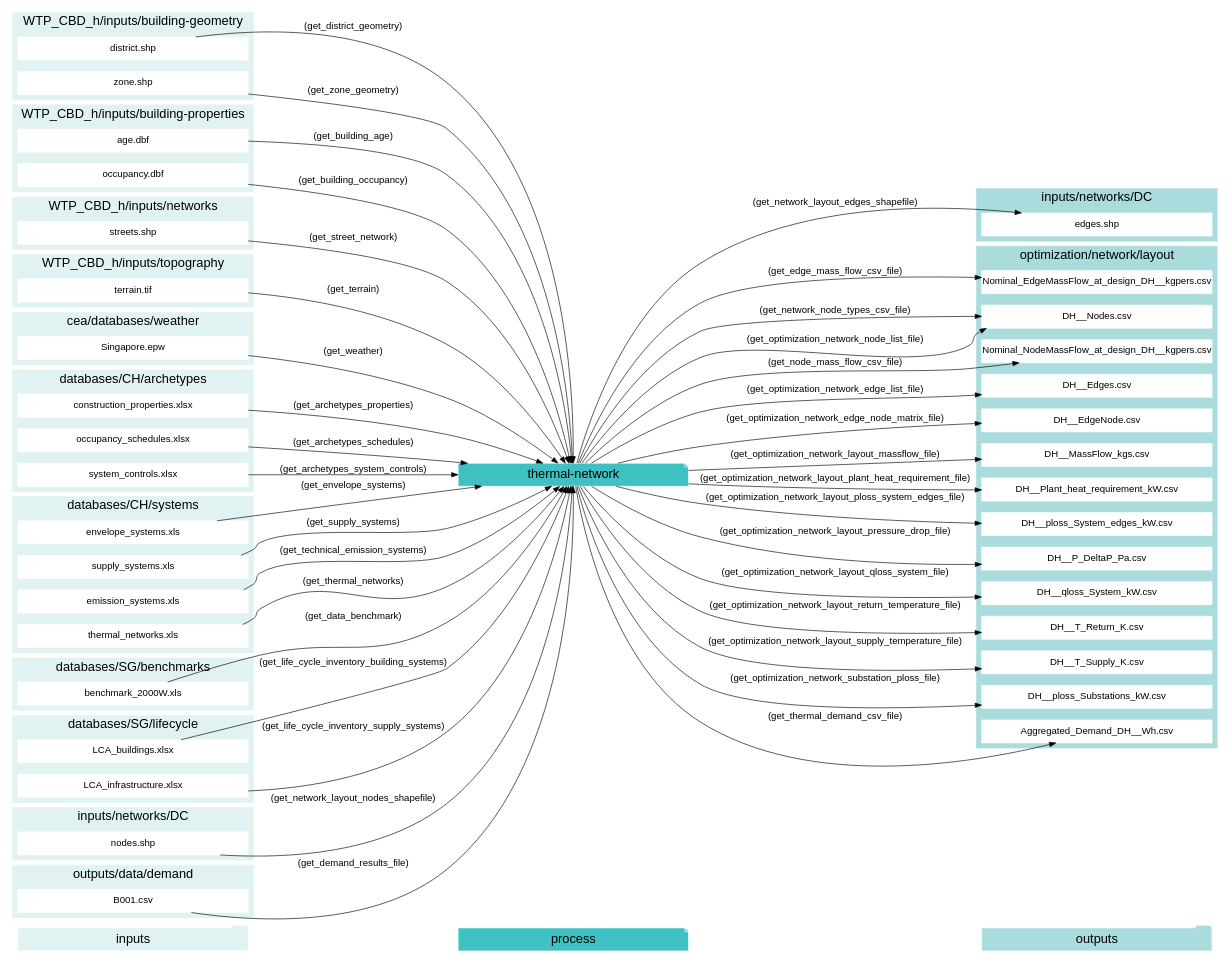
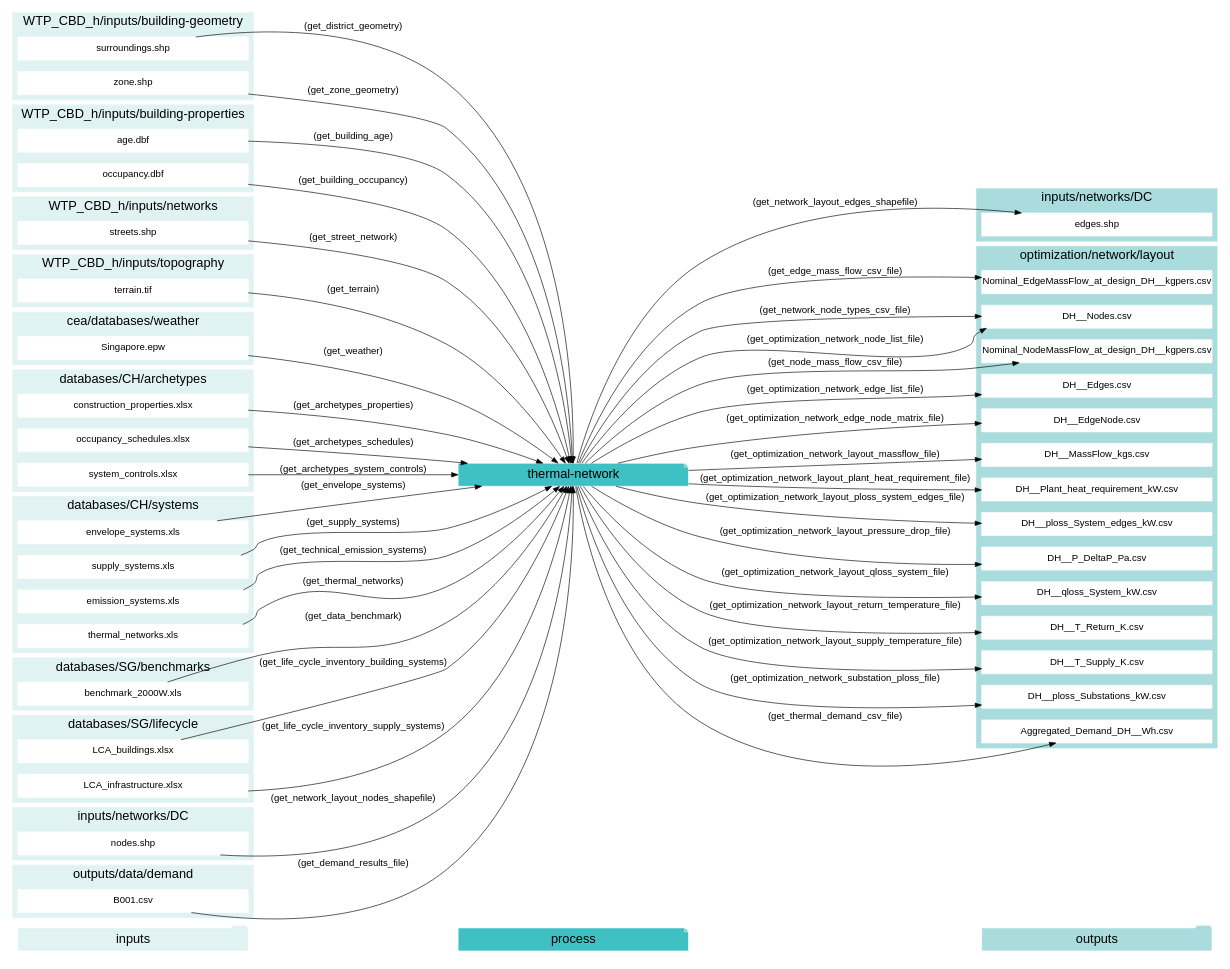
One commit to architecture-building-systems/CityEnergyAnalyst changed the diagram in docs/graphviz/thermal-network.gv. Above: the diagram before and after it, drawn with Graphviz. The commit also changed 40 other files, not shown here.

Commit message:
renaming district to surroundings

```diff
--- a/docs/graphviz/thermal-network.gv
+++ b/docs/graphviz/thermal-network.gv
@@ -1,178 +1,178 @@
 digraph trace_inputlocator {
     rankdir="LR";
     graph [overlap=false, fontname=arial];
     node [shape=box, style=filled, color=white, fontsize=15, fontname=arial, fixedsize=true, width=5];
     edge [fontname=arial, fontsize = 15]
     newrank=true
     subgraph cluster_legend {
     fontsize=25
     style=invis
     "process"[style=filled, fillcolor="#3FC0C2", shape=note, fontsize=20, fontname="arial"]
     "inputs" [style=filled, shape=folder, color=white, fillcolor="#E1F2F2", fontsize=20]
     "outputs"[style=filled, shape=folder, color=white, fillcolor="#aadcdd", fontsize=20]
     "inputs"->"process"[style=invis]
     "process"->"outputs"[style=invis]
     }
     "thermal-network"[style=filled, color=white, fillcolor="#3FC0C2", shape=note, fontsize=20, fontname=arial];
     subgraph cluster_0_in {
         style = filled;
         color = "#E1F2F2";
         fontsize = 20;
         rank=same;
         label="WTP_CBD_h/inputs/building-geometry";
-        "district.shp"
+        "surroundings.shp"
         "zone.shp"
     }
     subgraph cluster_1_in {
         style = filled;
         color = "#E1F2F2";
         fontsize = 20;
         rank=same;
         label="WTP_CBD_h/inputs/building-properties";
         "age.dbf"
         "occupancy.dbf"
     }
     subgraph cluster_2_in {
         style = filled;
         color = "#E1F2F2";
         fontsize = 20;
         rank=same;
         label="WTP_CBD_h/inputs/networks";
         "streets.shp"
     }
     subgraph cluster_3_in {
         style = filled;
         color = "#E1F2F2";
         fontsize = 20;
         rank=same;
         label="WTP_CBD_h/inputs/topography";
         "terrain.tif"
     }
     subgraph cluster_4_in {
         style = filled;
         color = "#E1F2F2";
         fontsize = 20;
         rank=same;
         label="cea/databases/weather";
         "Singapore.epw"
     }
     subgraph cluster_5_in {
         style = filled;
         color = "#E1F2F2";
         fontsize = 20;
         rank=same;
         label="databases/CH/archetypes";
         "construction_properties.xlsx"
         "occupancy_schedules.xlsx"
         "system_controls.xlsx"
     }
     subgraph cluster_6_in {
         style = filled;
         color = "#E1F2F2";
         fontsize = 20;
         rank=same;
         label="databases/CH/systems";
         "envelope_systems.xls"
         "supply_systems.xls"
         "emission_systems.xls"
         "thermal_networks.xls"
     }
     subgraph cluster_7_in {
         style = filled;
         color = "#E1F2F2";
         fontsize = 20;
         rank=same;
         label="databases/SG/benchmarks";
         "benchmark_2000W.xls"
     }
     subgraph cluster_8_in {
         style = filled;
         color = "#E1F2F2";
         fontsize = 20;
         rank=same;
         label="databases/SG/lifecycle";
         "LCA_buildings.xlsx"
         "LCA_infrastructure.xlsx"
     }
     subgraph cluster_9_in {
         style = filled;
         color = "#E1F2F2";
         fontsize = 20;
         rank=same;
         label="inputs/networks/DC";
         "nodes.shp"
     }
     subgraph cluster_9_out {
         style = filled;
         color = "#aadcdd";
         fontsize = 20;
         rank=same;
         label="inputs/networks/DC";
         "edges.shp"
     }
     subgraph cluster_10_out {
         style = filled;
         color = "#aadcdd";
         fontsize = 20;
         rank=same;
         label="optimization/network/layout";
         "Nominal_EdgeMassFlow_at_design_DH__kgpers.csv"
         "DH__Nodes.csv"
         "Nominal_NodeMassFlow_at_design_DH__kgpers.csv"
         "DH__Edges.csv"
         "DH__EdgeNode.csv"
         "DH__MassFlow_kgs.csv"
         "DH__Plant_heat_requirement_kW.csv"
         "DH__ploss_System_edges_kW.csv"
         "DH__P_DeltaP_Pa.csv"
         "DH__qloss_System_kW.csv"
         "DH__T_Return_K.csv"
         "DH__T_Supply_K.csv"
         "DH__Nodes.csv"
         "DH__ploss_Substations_kW.csv"
         "Aggregated_Demand_DH__Wh.csv"
     }
     subgraph cluster_11_in {
         style = filled;
         color = "#E1F2F2";
         fontsize = 20;
         rank=same;
         label="outputs/data/demand";
         "B001.csv"
     }
     "construction_properties.xlsx" -> "thermal-network"[label="(get_archetypes_properties)"]
     "occupancy_schedules.xlsx" -> "thermal-network"[label="(get_archetypes_schedules)"]
     "system_controls.xlsx" -> "thermal-network"[label="(get_archetypes_system_controls)"]
     "age.dbf" -> "thermal-network"[label="(get_building_age)"]
     "occupancy.dbf" -> "thermal-network"[label="(get_building_occupancy)"]
     "benchmark_2000W.xls" -> "thermal-network"[label="(get_data_benchmark)"]
     "B001.csv" -> "thermal-network"[label="(get_demand_results_file)"]
-    "district.shp" -> "thermal-network"[label="(get_district_geometry)"]
+    "surroundings.shp" -> "thermal-network"[label="(get_district_geometry)"]
     "envelope_systems.xls" -> "thermal-network"[label="(get_envelope_systems)"]
     "LCA_buildings.xlsx" -> "thermal-network"[label="(get_life_cycle_inventory_building_systems)"]
     "LCA_infrastructure.xlsx" -> "thermal-network"[label="(get_life_cycle_inventory_supply_systems)"]
     "nodes.shp" -> "thermal-network"[label="(get_network_layout_nodes_shapefile)"]
     "streets.shp" -> "thermal-network"[label="(get_street_network)"]
     "supply_systems.xls" -> "thermal-network"[label="(get_supply_systems)"]
     "emission_systems.xls" -> "thermal-network"[label="(get_technical_emission_systems)"]
     "terrain.tif" -> "thermal-network"[label="(get_terrain)"]
     "thermal_networks.xls" -> "thermal-network"[label="(get_thermal_networks)"]
     "Singapore.epw" -> "thermal-network"[label="(get_weather)"]
     "zone.shp" -> "thermal-network"[label="(get_zone_geometry)"]
     "thermal-network" -> "Nominal_EdgeMassFlow_at_design_DH__kgpers.csv"[label="(get_edge_mass_flow_csv_file)"]
     "thermal-network" -> "edges.shp"[label="(get_network_layout_edges_shapefile)"]
     "thermal-network" -> "DH__Nodes.csv"[label="(get_network_node_types_csv_file)"]
     "thermal-network" -> "Nominal_NodeMassFlow_at_design_DH__kgpers.csv"[label="(get_node_mass_flow_csv_file)"]
     "thermal-network" -> "DH__Edges.csv"[label="(get_optimization_network_edge_list_file)"]
     "thermal-network" -> "DH__EdgeNode.csv"[label="(get_optimization_network_edge_node_matrix_file)"]
     "thermal-network" -> "DH__MassFlow_kgs.csv"[label="(get_optimization_network_layout_massflow_file)"]
     "thermal-network" -> "DH__Plant_heat_requirement_kW.csv"[label="(get_optimization_network_layout_plant_heat_requirement_file)"]
     "thermal-network" -> "DH__ploss_System_edges_kW.csv"[label="(get_optimization_network_layout_ploss_system_edges_file)"]
     "thermal-network" -> "DH__P_DeltaP_Pa.csv"[label="(get_optimization_network_layout_pressure_drop_file)"]
     "thermal-network" -> "DH__qloss_System_kW.csv"[label="(get_optimization_network_layout_qloss_system_file)"]
     "thermal-network" -> "DH__T_Return_K.csv"[label="(get_optimization_network_layout_return_temperature_file)"]
     "thermal-network" -> "DH__T_Supply_K.csv"[label="(get_optimization_network_layout_supply_temperature_file)"]
     "thermal-network" -> "DH__Nodes.csv"[label="(get_optimization_network_node_list_file)"]
     "thermal-network" -> "DH__ploss_Substations_kW.csv"[label="(get_optimization_network_substation_ploss_file)"]
     "thermal-network" -> "Aggregated_Demand_DH__Wh.csv"[label="(get_thermal_demand_csv_file)"]
     }
```
